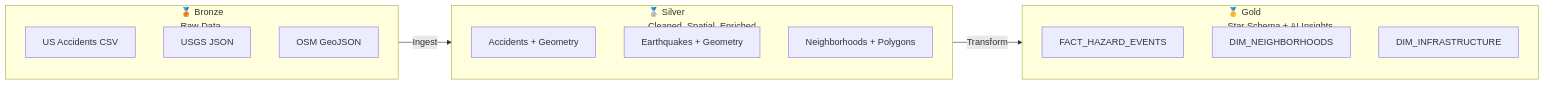
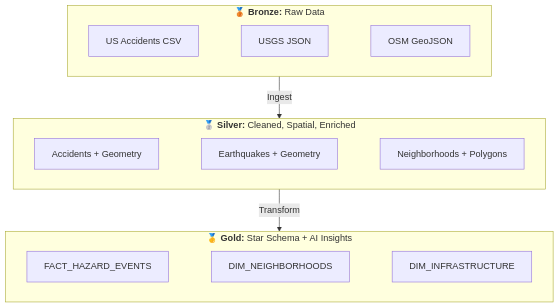
Before and after one commit to matiasmagni/geo-ai-medallion-architecture-pipeline: the second of 2 diagrams in README.md, drawn with Mermaid. The commit also changed other lines of this file, not shown here.

Commit message:
fix(readme): vertical flow for medallion layers diagram
Change flowchart LR → TB so Bronze → Silver → Gold stack vertically

````diff
--- a/README.md
+++ b/README.md
@@ -67,23 +67,20 @@
 ```mermaid
-flowchart LR
-    subgraph BRONZE["🥉 Bronze<br/>Raw Data"]
-        B1[US Accidents CSV]
-        B2[USGS JSON]
-        B3[OSM GeoJSON]
+flowchart TB
+    subgraph BRONZE["<b>🥉 Bronze:</b> Raw Data"]
+        direction LR
+        B1[US Accidents CSV] ~~~ B2[USGS JSON] ~~~ B3[OSM GeoJSON]
     end
 
-    subgraph SILVER["🥈 Silver<br/>Cleaned, Spatial, Enriched"]
-        S1[Accidents + Geometry]
-        S2[Earthquakes + Geometry]
-        S3[Neighborhoods + Polygons]
+    subgraph SILVER["<b>🥈 Silver:</b> Cleaned, Spatial, Enriched"]
+        direction LR
+        S1[Accidents + Geometry] ~~~ S2[Earthquakes + Geometry] ~~~ S3[Neighborhoods + Polygons]
     end
 
-    subgraph GOLD["🥇 Gold<br/>Star Schema + AI Insights"]
-        G1[FACT_HAZARD_EVENTS]
-        G2[DIM_NEIGHBORHOODS]
-        G3[DIM_INFRASTRUCTURE]
+    subgraph GOLD["<b>🥇 Gold:</b> Star Schema + AI Insights"]
+        direction LR
+        G1[FACT_HAZARD_EVENTS] ~~~ G2[DIM_NEIGHBORHOODS] ~~~ G3[DIM_INFRASTRUCTURE]
     end
 
     BRONZE -->|"Ingest"| SILVER
     SILVER -->|"Transform"| GOLD
 ```
````
